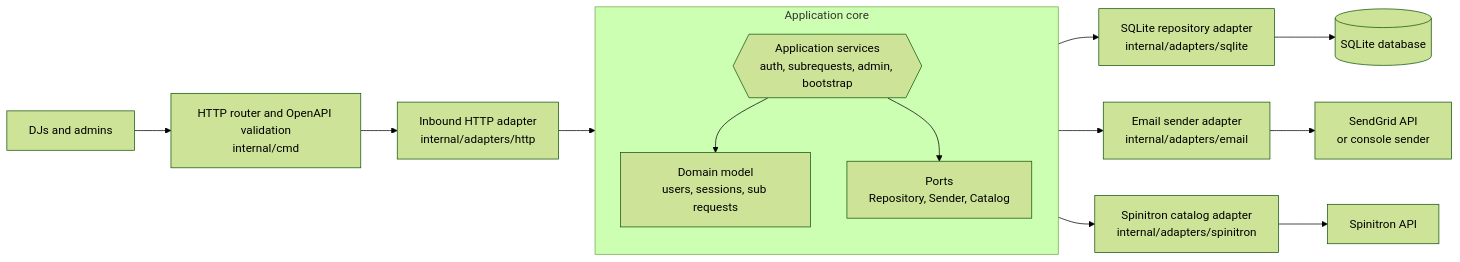
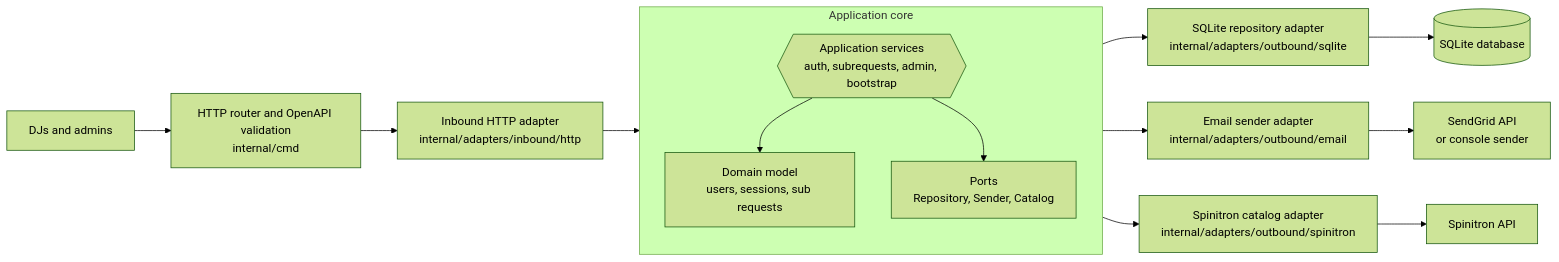
Before and after one commit to dctalbot/air-cover: the diagram in README.md, drawn with Mermaid (forest theme). The commit also changed other lines of this file and 72 other files, not shown here.

````diff
--- a/README.md
+++ b/README.md
@@ -11,24 +14,24 @@
 ```mermaid
 flowchart LR
     user["DJs and admins"] --> router["HTTP router and OpenAPI validation<br/>internal/cmd"]
-    router --> http["Inbound HTTP adapter<br/>internal/adapters/http"]
+    router --> http["Inbound HTTP adapter<br/>internal/adapters/inbound/http"]
 
     subgraph core["Application core"]
         direction TB
         services{{"Application services<br/>auth, subrequests, admin, bootstrap"}}
         domain["Domain model<br/>users, sessions, sub requests"]
         ports["Ports<br/>Repository, Sender, Catalog"]
 
         services --> domain
         services --> ports
     end
 
     http --> services
-    ports --> sqlite["SQLite repository adapter<br/>internal/adapters/sqlite"]
-    ports --> email["Email sender adapter<br/>internal/adapters/email"]
-    ports --> spinitron["Spinitron catalog adapter<br/>internal/adapters/spinitron"]
+    ports --> sqlite["SQLite repository adapter<br/>internal/adapters/outbound/sqlite"]
+    ports --> email["Email sender adapter<br/>internal/adapters/outbound/email"]
+    ports --> spinitron["Spinitron catalog adapter<br/>internal/adapters/outbound/spinitron"]
 
     sqlite --> db[("SQLite database")]
     email --> sendgrid["SendGrid API<br/>or console sender"]
     spinitron --> spinitronApi["Spinitron API"]
 ```
````
